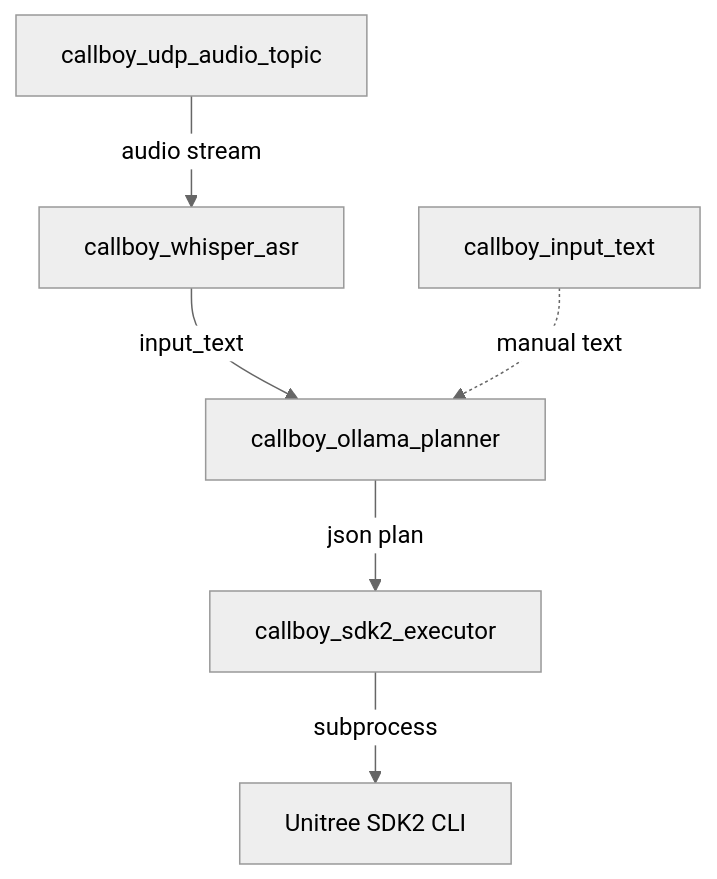
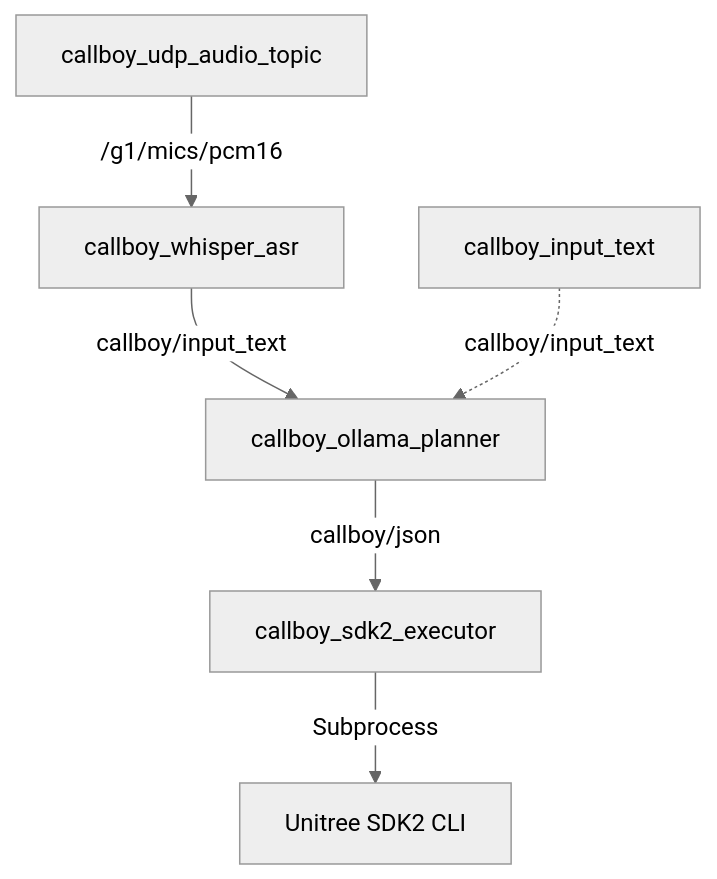
The diagram in README.md (Bigfire3/CallBoy), drawn with Mermaid (neutral theme) before and after one commit.

Commit message:
Update FlowChart Content

````diff
--- a/README.md
+++ b/README.md
@@ -9,8 +9,8 @@
 ```mermaid
 flowchart TD
-    UDP["callboy_udp_audio_topic"] -->|"audio stream"| ASR["callboy_whisper_asr"]
-    ASR -->|"input_text"| PLAN["callboy_ollama_planner"]
-    IN["callboy_input_text"] -.->|"manual text"| PLAN
-    PLAN -->|"json plan"| EXEC["callboy_sdk2_executor"]
-    EXEC -->|"subprocess"| SDK["Unitree SDK2 CLI"]
+    UDP["callboy_udp_audio_topic"] -->|"/g1/mics/pcm16"| ASR["callboy_whisper_asr"]
+    ASR -->|"callboy/input_text"| PLAN["callboy_ollama_planner"]
+    IN["callboy_input_text"] -.->|"callboy/input_text"| PLAN
+    PLAN -->|"callboy/json"| EXEC["callboy_sdk2_executor"]
+    EXEC -->|Subprocess| SDK["Unitree SDK2 CLI"]
 ```
````
